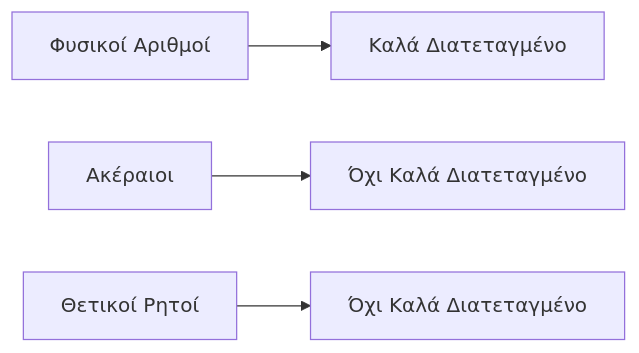
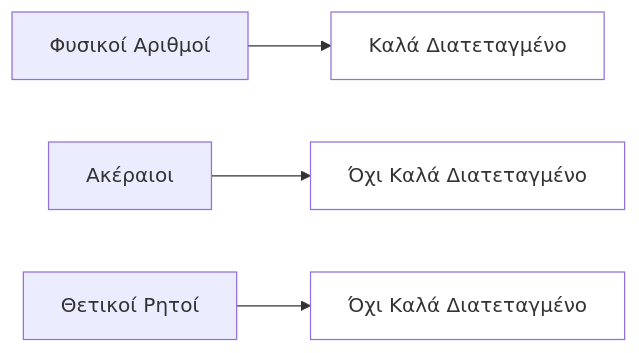
One commit to PanagopoulosNikolaos/DitOpenNotes changed the second of 2 diagrams in Year_1/Semester_2/DISCRETE_MATHEMATICS/Resources/Notes/04_indexed_sets_and_well_ordering.md. Above: the diagram before and after it, drawn with Mermaid. The commit also changed other lines of this file and 5 other files, not shown here.

````diff
--- a/Year_1/Semester_2/DISCRETE_MATHEMATICS/Resources/Notes/04_indexed_sets_and_well_ordering.md
+++ b/Year_1/Semester_2/DISCRETE_MATHEMATICS/Resources/Notes/04_indexed_sets_and_well_ordering.md
@@ -48,11 +48,11 @@
 ```mermaid
 graph LR
     N["Φυσικοί Αριθμοί"] --> WO["Καλά Διατεταγμένο"]
     Z["Ακέραιοι"] --> NWO["Όχι Καλά Διατεταγμένο"]
     Q["Θετικοί Ρητοί"] --> NWO2["Όχι Καλά Διατεταγμένο"]
     
-    style WO fill:#f
-    style NWO fill:#f
-    style NWO2 fill:#f
+    style WO fill:#ffffff
+    style NWO fill:#ffffff
+    style NWO2 fill:#ffffff
 
 ```
````
